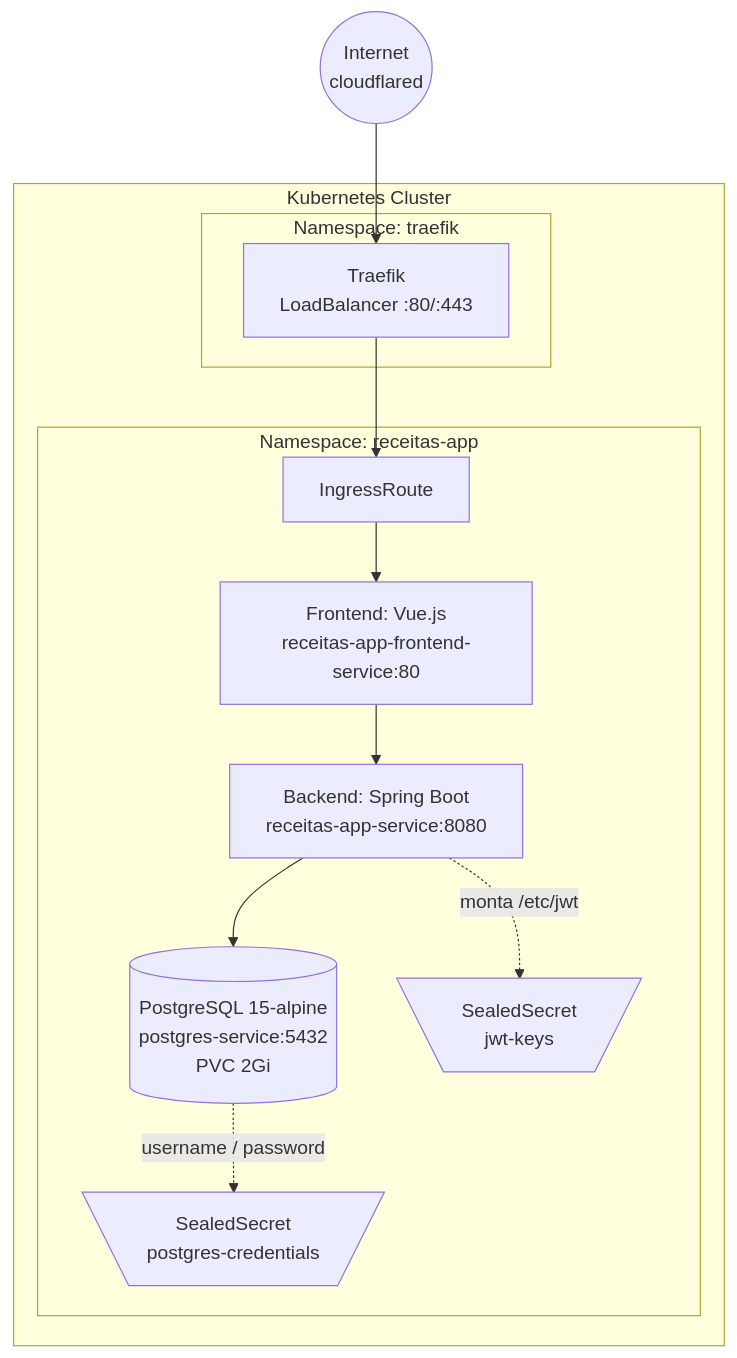
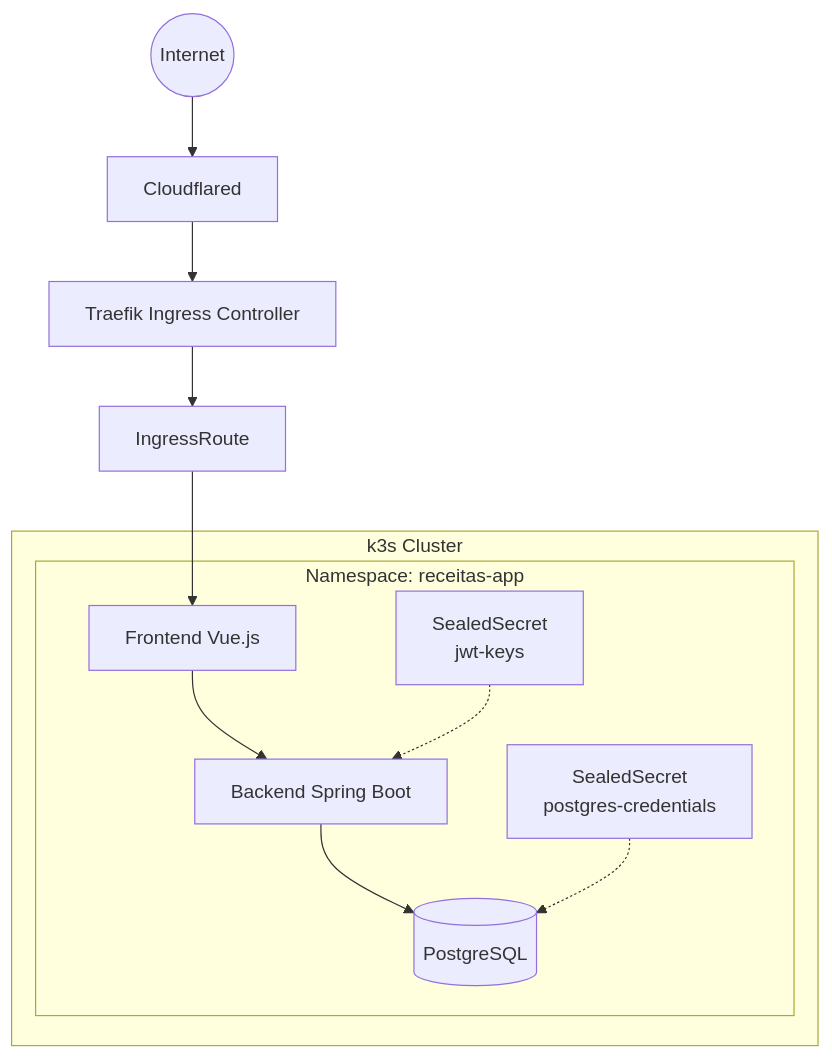
The diagram in README.md (jaimecabrito01/receitas-app-infra), drawn with Mermaid before and after one commit. The commit also changed other lines of this file, not shown here.

````diff
--- a/README.md
+++ b/README.md
@@ -7,23 +7,30 @@
 ```mermaid
 graph TB
-    subgraph CLUSTER["Kubernetes Cluster"]
-        subgraph NS_TRAEFIK["Namespace: traefik"]
-            TRAEFIK_SVC[Traefik\nLoadBalancer :80/:443]
-        end
+    INTERNET((Internet))
+    CLOUDFLARED[Cloudflared]
+    TRAEFIK[Traefik Ingress Controller]
+    INGRESS[IngressRoute]
+
+    subgraph CLUSTER["k3s Cluster"]
 
         subgraph NS_REC["Namespace: receitas-app"]
-            IR[IngressRoute] --> VUE[Frontend: Vue.js\nreceitas-app-frontend-service:80]
-            VUE --> SPRING[Backend: Spring Boot\nreceitas-app-service:8080]
-            SPRING --> PG[(PostgreSQL 15-alpine\npostgres-service:5432\nPVC 2Gi)]
+            FRONT[Frontend Vue.js]
+            BACK[Backend Spring Boot]
+            DB[(PostgreSQL)]
 
-            JWT_SEC[\SealedSecret\njwt-keys/]
-            DB_SEC[\SealedSecret\npostgres-credentials/]
+            JWT[SealedSecret<br/>jwt-keys]
+            PGSECRET[SealedSecret<br/>postgres-credentials]
 
-            SPRING -.->|monta /etc/jwt| JWT_SEC
-            PG -.->|username / password| DB_SEC
+            FRONT --> BACK
+            BACK --> DB
+
+            JWT -.-> BACK
+            PGSECRET -.-> DB
         end
     end
 
-    INTERNET((Internet\ncloudflared)) --> TRAEFIK_SVC
-    TRAEFIK_SVC --> IR
+    INTERNET --> CLOUDFLARED
+    CLOUDFLARED --> TRAEFIK
+    TRAEFIK --> INGRESS
+    INGRESS --> FRONT
 ```
````
